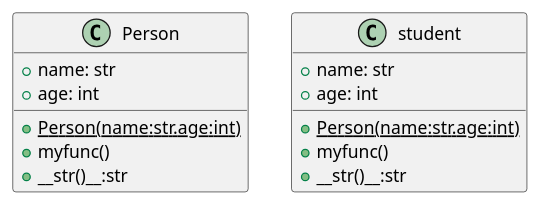
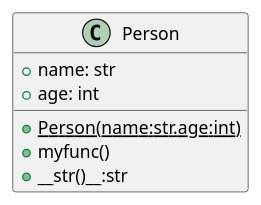
One commit to thermalogic/SEES changed the diagram in notebook/img/oop/person.puml. Above: the diagram before and after it, drawn with PlantUML. The commit also changed 1 other file, not shown here.

```diff
--- a/notebook/img/oop/person.puml
+++ b/notebook/img/oop/person.puml
@@ -1,15 +1,7 @@
 class Person {
   + name: str
   + age: int
   + {static} Person(name:str.age:int)
   + myfunc()
   + __str()__:str
 }
-
-class student {
-  + name: str
-  + age: int
-  + {static} Person(name:str.age:int)
-  + myfunc()
-  + __str()__:str
-}
```
